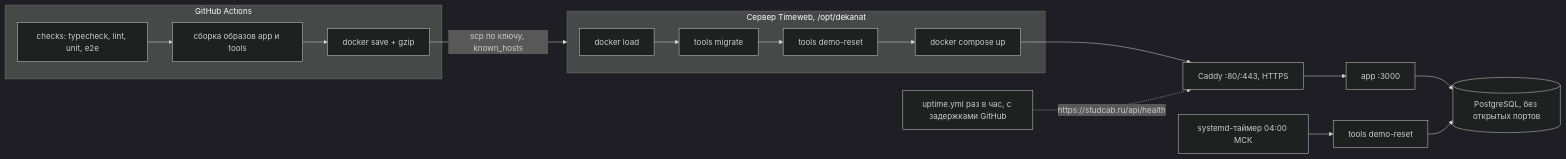
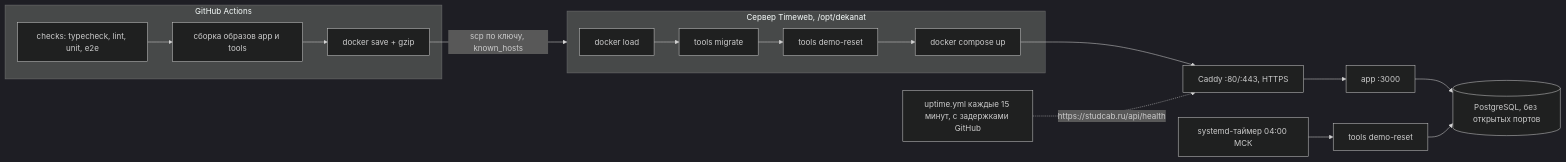
Before and after one commit to Artur-Random/digital-dekanat: the diagram in docs/deploy.md, drawn with Mermaid (dark theme). The commit also changed other lines of this file and 5 other files, not shown here.

First line of the commit message:
мониторинг: uptime каждые 15 минут, IP сервера не секрет в deploy.md

````diff
--- a/docs/deploy.md
+++ b/docs/deploy.md
@@ -9,14 +9,14 @@
 ```mermaid
 flowchart LR
   subgraph GH[GitHub Actions]
     CI[checks: typecheck, lint, unit, e2e] --> B[сборка образов app и tools]
     B --> S[docker save + gzip]
   end
   S -- "scp по ключу, known_hosts" --> SRV
   subgraph SRV[Сервер Timeweb, /opt/dekanat]
     L[docker load] --> M[tools migrate] --> R[tools demo-reset] --> U[docker compose up]
   end
   U --> CADDY[Caddy :80/:443, HTTPS] --> APP[app :3000] --> DB[(PostgreSQL, без открытых портов)]
   T[systemd-таймер 04:00 МСК] --> R2[tools demo-reset] --> DB
-  UP[uptime.yml раз в час, с задержками GitHub] -. "https://studcab.ru/api/health" .-> CADDY
+  UP[uptime.yml каждые 15 минут, с задержками GitHub] -. "https://studcab.ru/api/health" .-> CADDY
 ```
````
